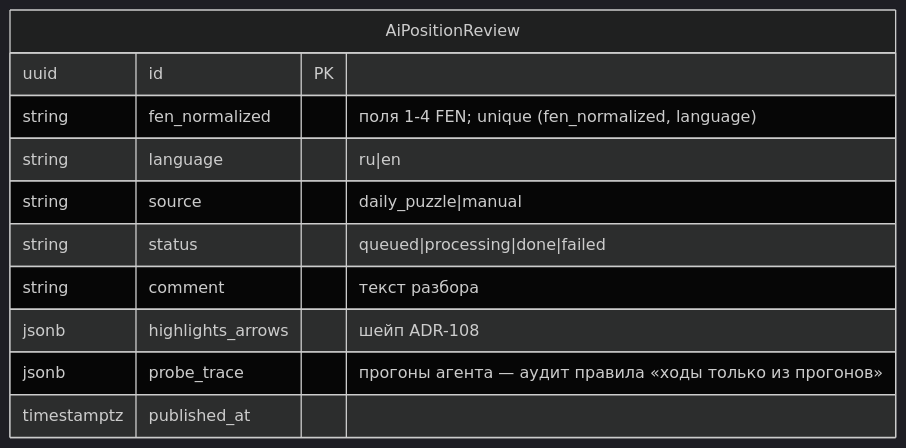
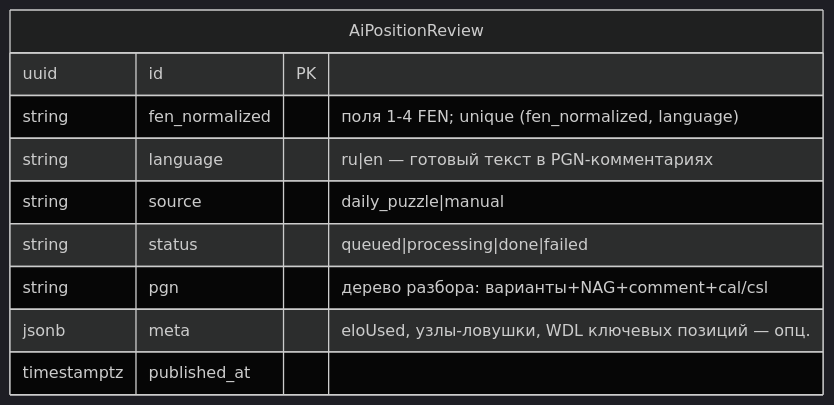
One commit to StasPiv/kingside changed the diagram in docs/adr/164-position-comment-with-variants-maia-sf.md. Above: the diagram before and after it, drawn with Mermaid (dark theme). The commit also changed other lines of this file, not shown here.

Commit message:
docs(adr): ADR-164 rev5 — алгоритмический серверный разбор (общий движок maia-core с ADR-165), убран webhook/prompt [KS-4948]

````diff
--- a/docs/adr/164-position-comment-with-variants-maia-sf.md
+++ b/docs/adr/164-position-comment-with-variants-maia-sf.md
@@ -49,14 +61,13 @@
 ```mermaid
 erDiagram
     AiPositionReview {
         uuid id PK
         string fen_normalized "поля 1-4 FEN; unique (fen_normalized, language)"
-        string language "ru|en"
+        string language "ru|en — готовый текст в PGN-комментариях"
         string source "daily_puzzle|manual"
         string status "queued|processing|done|failed"
-        string comment "текст разбора"
-        jsonb highlights_arrows "шейп ADR-108"
-        jsonb probe_trace "прогоны агента — аудит правила «ходы только из прогонов»"
+        string pgn "дерево разбора: варианты+NAG+comment+cal/csl"
+        jsonb meta "eloUsed, узлы-ловушки, WDL ключевых позиций — опц."
         timestamptz published_at
     }
 ```
````
